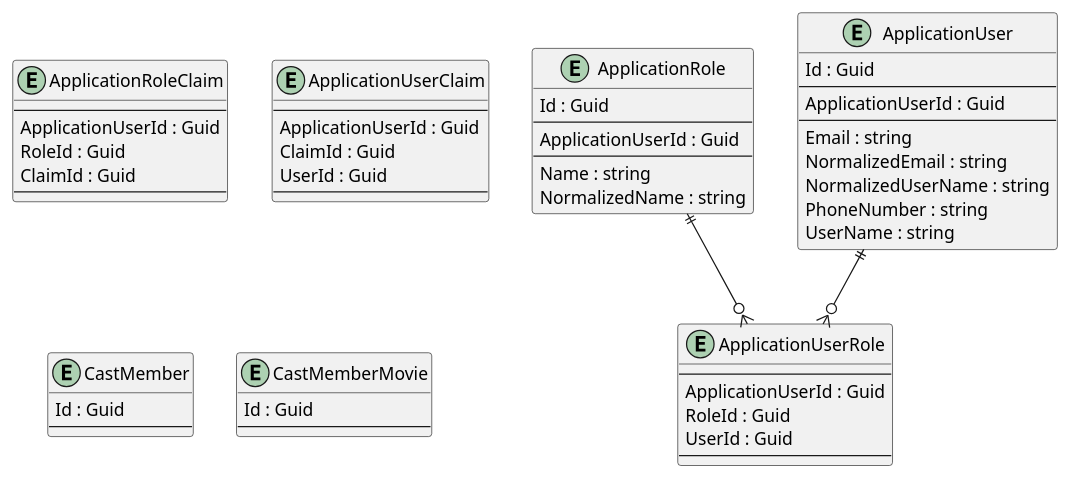
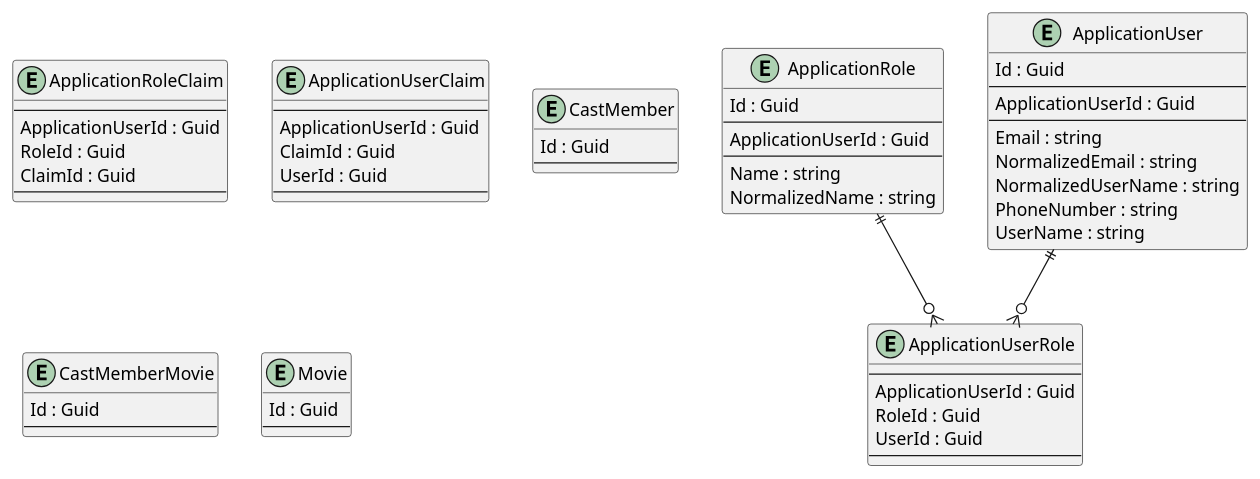
Before and after one commit to intrepion/BlazorWebAppMovies: the diagram in .docs/BlazorWebAppMovies.pu, drawn with PlantUML.

Commit message:
gawk -i inplace "{ gsub(/' EntityCodePlaceholder/, \"entity Movie {\n\ \ \ \ Id : Guid\n\ \ \ \ --\n\ \ \ \ ' IdCodePlaceholder--\n\ \ \ \ ' PropertyCodePlaceholder\n}\n\n' EntityCodePlaceholder\") }; { print }" .docs/BlazorWebAppMovies.pu

```diff
--- a/.docs/BlazorWebAppMovies.pu
+++ b/.docs/BlazorWebAppMovies.pu
@@ -1,69 +1,76 @@
 @startuml
 
 entity ApplicationRole {
     Id : Guid
     --
     ApplicationUserId : Guid
     --
     Name : string
     NormalizedName : string
 }
 
 entity ApplicationRoleClaim {
     --
     ApplicationUserId : Guid
     RoleId : Guid
     ClaimId : Guid
     --
 }
 
 entity ApplicationUser {
     Id : Guid
     --
     ApplicationUserId : Guid
     --
     Email : string
     NormalizedEmail : string
     NormalizedUserName : string
     PhoneNumber : string
     UserName : string
 }
 
 entity ApplicationUserClaim {
     --
     ApplicationUserId : Guid
     ClaimId : Guid
     UserId : Guid
     --
 }
 
 entity ApplicationUserRole {
     --
     ApplicationUserId : Guid
     RoleId : Guid
     UserId : Guid
     --
 }
 
 entity CastMember {
     Id : Guid
     --
     ' IdCodePlaceholder--
     ' PropertyCodePlaceholder
 }
 
 entity CastMemberMovie {
     Id : Guid
     --
     ' IdCodePlaceholder--
     ' PropertyCodePlaceholder
 }
 
+entity Movie {
+    Id : Guid
+    --
+    ' IdCodePlaceholder--
+    ' PropertyCodePlaceholder
+}
+
 ' EntityCodePlaceholder
 
 ApplicationRole ||--o{ ApplicationUserRole
 ApplicationUser ||--o{ ApplicationUserRole
 
 ' RelationshipCodePlaceholder
 
 @enduml
```
